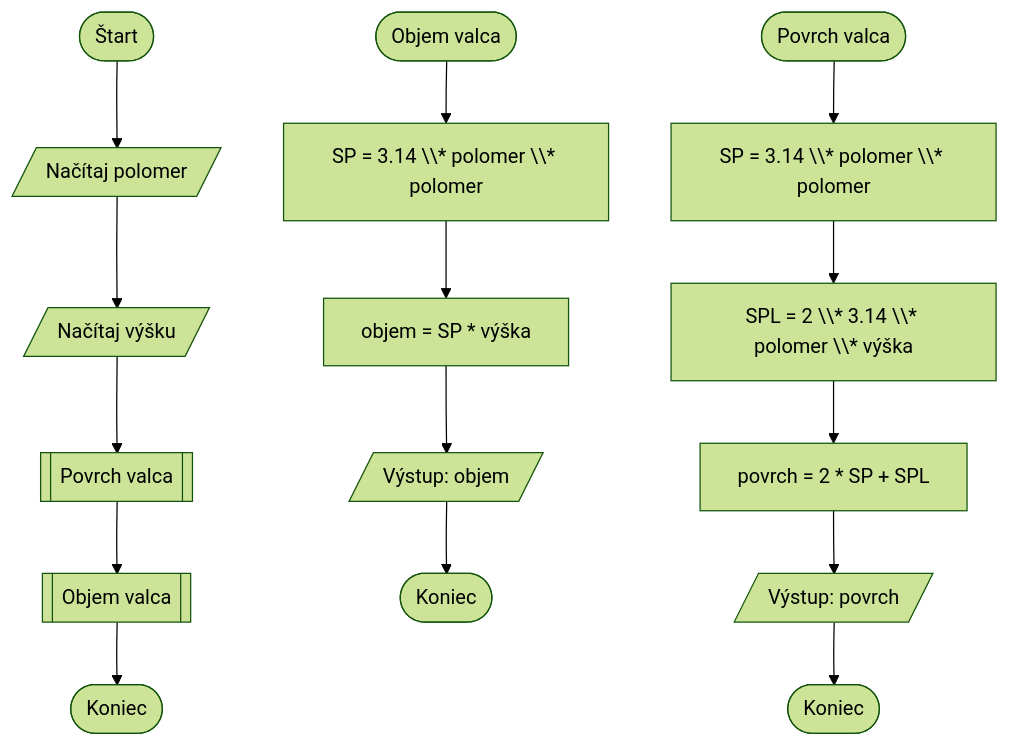
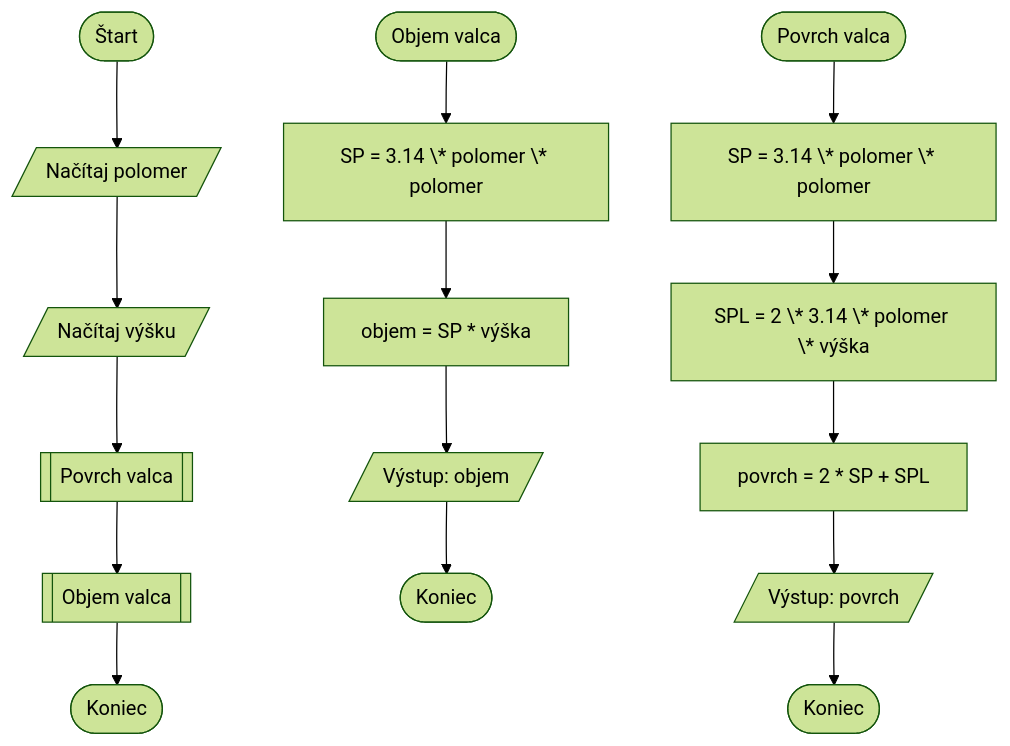
One commit to wagjo/oop changed diagram 19 of 20 in docs/cvicenie-3/c01-uvod.md. Above: the diagram before and after it, drawn with Mermaid (forest theme). The commit also changed other lines of this file, not shown here.

Commit message:
Fix mermaid backslash escapes in c01 Príklad 1.14

````diff
--- a/docs/cvicenie-3/c01-uvod.md
+++ b/docs/cvicenie-3/c01-uvod.md
@@ -436,19 +436,19 @@
     ```mermaid
     flowchart TD
         Start([Štart]) --> VstupR[/Načítaj polomer/]
         VstupR --> VstupV[/Načítaj výšku/]
         VstupV --> S1[[Povrch valca]]
         S1 --> S2[[Objem valca]]
         S2 --> End([Koniec])
 
-        PStart([Objem valca]) --> PP1["SP = 3.14 \\* polomer \\* polomer"]
+        PStart([Objem valca]) --> PP1["SP = 3.14 \* polomer \* polomer"]
         PP1 --> PP2[objem = SP * výška]
         PP2 --> PV[/Výstup: objem/]
         PV --> PEnd([Koniec])
 
-        VStart([Povrch valca]) --> VP1["SP = 3.14 \\* polomer \\* polomer"]
-        VP1 --> VP2["SPL = 2 \\* 3.14 \\* polomer \\* výška"]
+        VStart([Povrch valca]) --> VP1["SP = 3.14 \* polomer \* polomer"]
+        VP1 --> VP2["SPL = 2 \* 3.14 \* polomer \* výška"]
         VP2 --> VP3[povrch = 2 * SP + SPL]
         VP3 --> VV[/Výstup: povrch/]
         VV --> VEnd([Koniec])
     ```
````
